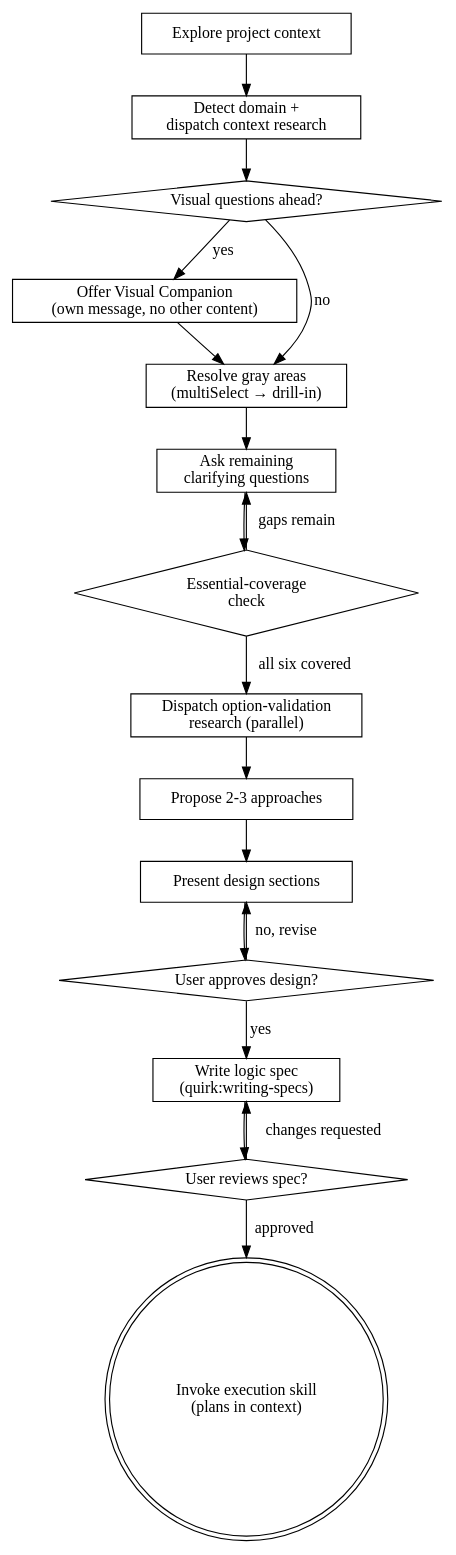
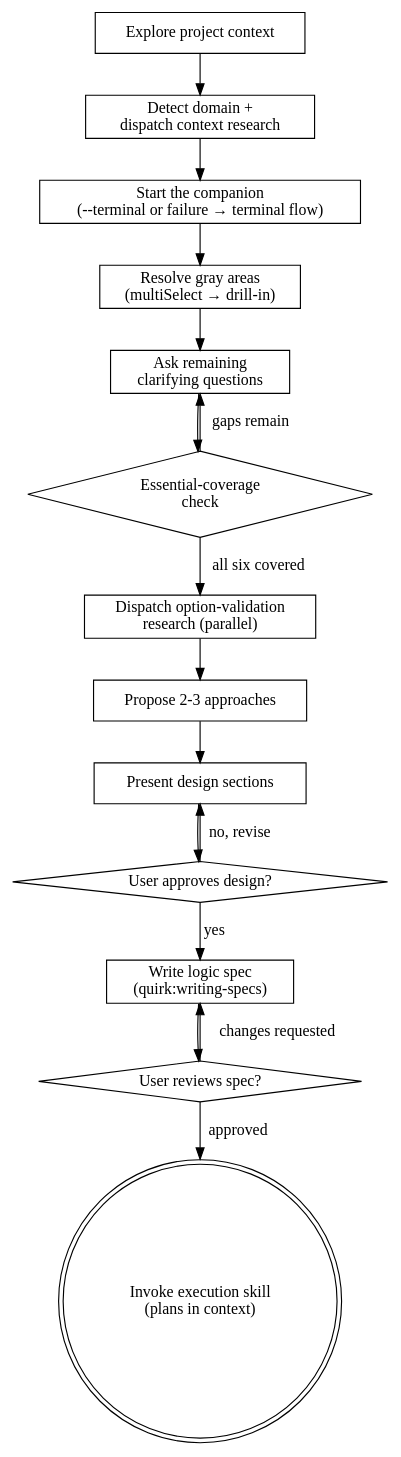
One commit to zpyoung/quirk changed the diagram in skills/brainstorming/SKILL.md. Above: the diagram before and after it, drawn with Graphviz. The commit also changed other lines of this file and 8 other files, not shown here.

Commit message:
docs(brainstorming): companion-first skill rewrite with terminal fallback

````diff
--- a/skills/brainstorming/SKILL.md
+++ b/skills/brainstorming/SKILL.md
@@ -39,36 +41,33 @@
 ```dot
 digraph brainstorming {
     "Explore project context" [shape=box];
     "Detect domain +\ndispatch context research" [shape=box];
-    "Visual questions ahead?" [shape=diamond];
-    "Offer Visual Companion\n(own message, no other content)" [shape=box];
+    "Start the companion\n(--terminal or failure → terminal flow)" [shape=box];
     "Resolve gray areas\n(multiSelect → drill-in)" [shape=box];
     "Ask remaining\nclarifying questions" [shape=box];
     "Essential-coverage\ncheck" [shape=diamond];
     "Dispatch option-validation\nresearch (parallel)" [shape=box];
     "Propose 2-3 approaches" [shape=box];
     "Present design sections" [shape=box];
     "User approves design?" [shape=diamond];
     "Write logic spec\n(quirk:writing-specs)" [shape=box];
     "User reviews spec?" [shape=diamond];
     "Invoke execution skill\n(plans in context)" [shape=doublecircle];
 
     "Explore project context" -> "Detect domain +\ndispatch context research";
-    "Detect domain +\ndispatch context research" -> "Visual questions ahead?";
-    "Visual questions ahead?" -> "Offer Visual Companion\n(own message, no other content)" [label="yes"];
-    "Visual questions ahead?" -> "Resolve gray areas\n(multiSelect → drill-in)" [label="no"];
-    "Offer Visual Companion\n(own message, no other content)" -> "Resolve gray areas\n(multiSelect → drill-in)";
+    "Detect domain +\ndispatch context research" -> "Start the companion\n(--terminal or failure → terminal flow)";
+    "Start the companion\n(--terminal or failure → terminal flow)" -> "Resolve gray areas\n(multiSelect → drill-in)";
     "Resolve gray areas\n(multiSelect → drill-in)" -> "Ask remaining\nclarifying questions";
     "Ask remaining\nclarifying questions" -> "Essential-coverage\ncheck";
     "Essential-coverage\ncheck" -> "Ask remaining\nclarifying questions" [label="gaps remain"];
     "Essential-coverage\ncheck" -> "Dispatch option-validation\nresearch (parallel)" [label="all six covered"];
     "Dispatch option-validation\nresearch (parallel)" -> "Propose 2-3 approaches";
     "Propose 2-3 approaches" -> "Present design sections";
     "Present design sections" -> "User approves design?";
     "User approves design?" -> "Present design sections" [label="no, revise"];
     "User approves design?" -> "Write logic spec\n(quirk:writing-specs)" [label="yes"];
     "Write logic spec\n(quirk:writing-specs)" -> "User reviews spec?";
     "User reviews spec?" -> "Write logic spec\n(quirk:writing-specs)" [label="changes requested"];
     "User reviews spec?" -> "Invoke execution skill\n(plans in context)" [label="approved"];
 }
 ```
````
